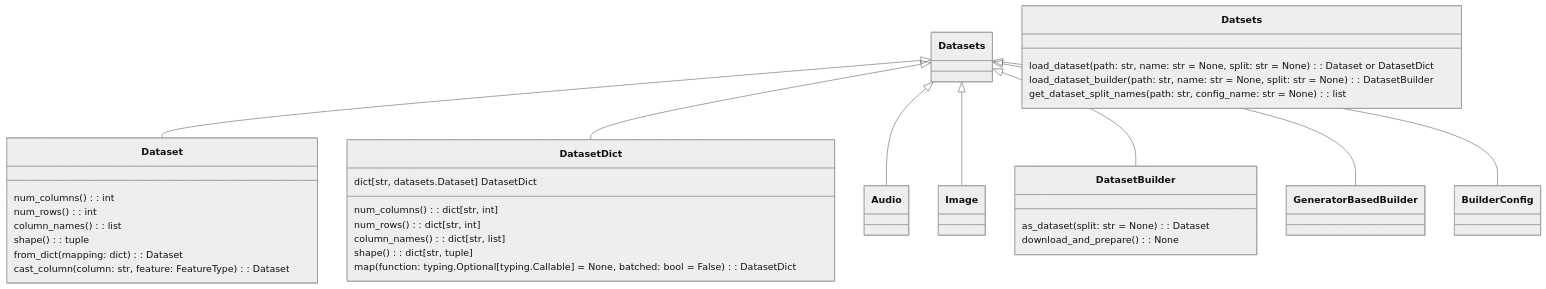
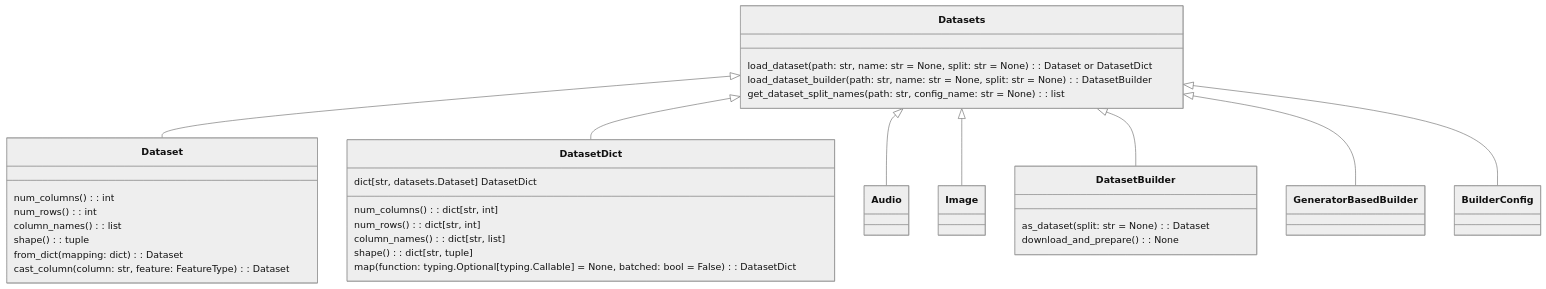
One commit to ARG-NCTU/oop-python-nycu changed the diagram in docs/datasets-class-diagram.md. Above: the diagram before and after it, drawn with Mermaid (neutral theme).

````diff
--- a/docs/datasets-class-diagram.md
+++ b/docs/datasets-class-diagram.md
@@ -3,52 +3,52 @@
 ```mermaid
 classDiagram
     Datasets <|-- Dataset
     Datasets <|-- DatasetDict
     Datasets <|-- Audio
     Datasets <|-- Image
     Datasets <|-- DatasetBuilder
     Datasets <|-- GeneratorBasedBuilder
     Datasets <|-- BuilderConfig
 
-    class Datsets{
+    class Datasets{
         load_dataset(path: str, name: str = None, split: str = None): Dataset or DatasetDict
         load_dataset_builder(path: str, name: str = None, split: str = None): DatasetBuilder
         get_dataset_split_names(path: str, config_name: str = None): list
     }
 
     class Dataset{
         num_columns(): int
         num_rows(): int
         column_names(): list
         shape(): tuple
         from_dict(mapping: dict): Dataset
         cast_column(column: str, feature: FeatureType): Dataset
     }
 
     class DatasetDict{
         dict[str, datasets.Dataset] DatasetDict
         num_columns(): dict[str, int]
         num_rows(): dict[str, int]
         column_names(): dict[str, list]
         shape(): dict[str, tuple]
         map(function: typing.Optional[typing.Callable] = None, batched: bool = False): DatasetDict
     }
 
     class Audio{
     }
 
     class Image{
     }
 
     class DatasetBuilder{
         as_dataset(split: str = None): Dataset
         download_and_prepare(): None
     }
 
     class BuilderConfig{
     }
 
     class GeneratorBasedBuilder{
     }
 
 ``` 
````
